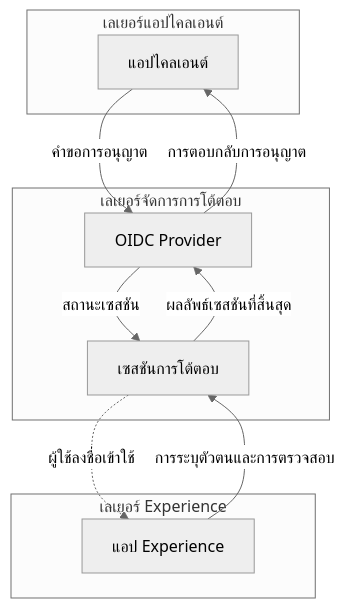
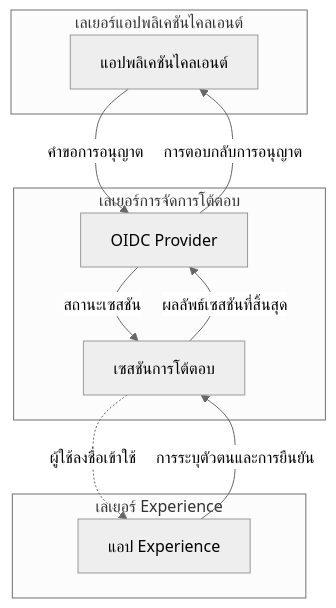
Before and after one commit to logto-io/docs: the second of 2 diagrams in i18n/th/docusaurus-plugin-content-docs/current/end-user-flows/sign-up-and-sign-in/README.mdx, drawn with Mermaid (neutral theme). The commit also changed other lines of this file and 53 other files, not shown here.

````diff
--- a/i18n/th/docusaurus-plugin-content-docs/current/end-user-flows/sign-up-and-sign-in/README.mdx
+++ b/i18n/th/docusaurus-plugin-content-docs/current/end-user-flows/sign-up-and-sign-in/README.mdx
@@ -47,24 +47,24 @@
 ```mermaid
 flowchart TD
   %% Layers
-  subgraph Layer1 [เลเยอร์แอปไคลเอนต์]
-      A[แอปไคลเอนต์]
+  subgraph Layer1 [เลเยอร์แอปพลิเคชันไคลเอนต์]
+      A[แอปพลิเคชันไคลเอนต์]
   end
 
-  subgraph Layer2 [เลเยอร์จัดการการโต้ตอบ]
+  subgraph Layer2 [เลเยอร์การจัดการโต้ตอบ]
       B[OIDC Provider]
       C[เซสชันการโต้ตอบ]
   end
 
   subgraph Layer3 [เลเยอร์ Experience]
       D[แอป Experience]
   end
 
   %% Connections
   A --> |คำขอการอนุญาต| B
   B --> |สถานะเซสชัน| C
   C -.-> |ผู้ใช้ลงชื่อเข้าใช้| D
-  D --> |การระบุตัวตนและการตรวจสอบ| C
+  D --> |การระบุตัวตนและการยืนยัน| C
   C --> |ผลลัพธ์เซสชันที่สิ้นสุด| B
   B --> |การตอบกลับการอนุญาต| A
 ```
````
